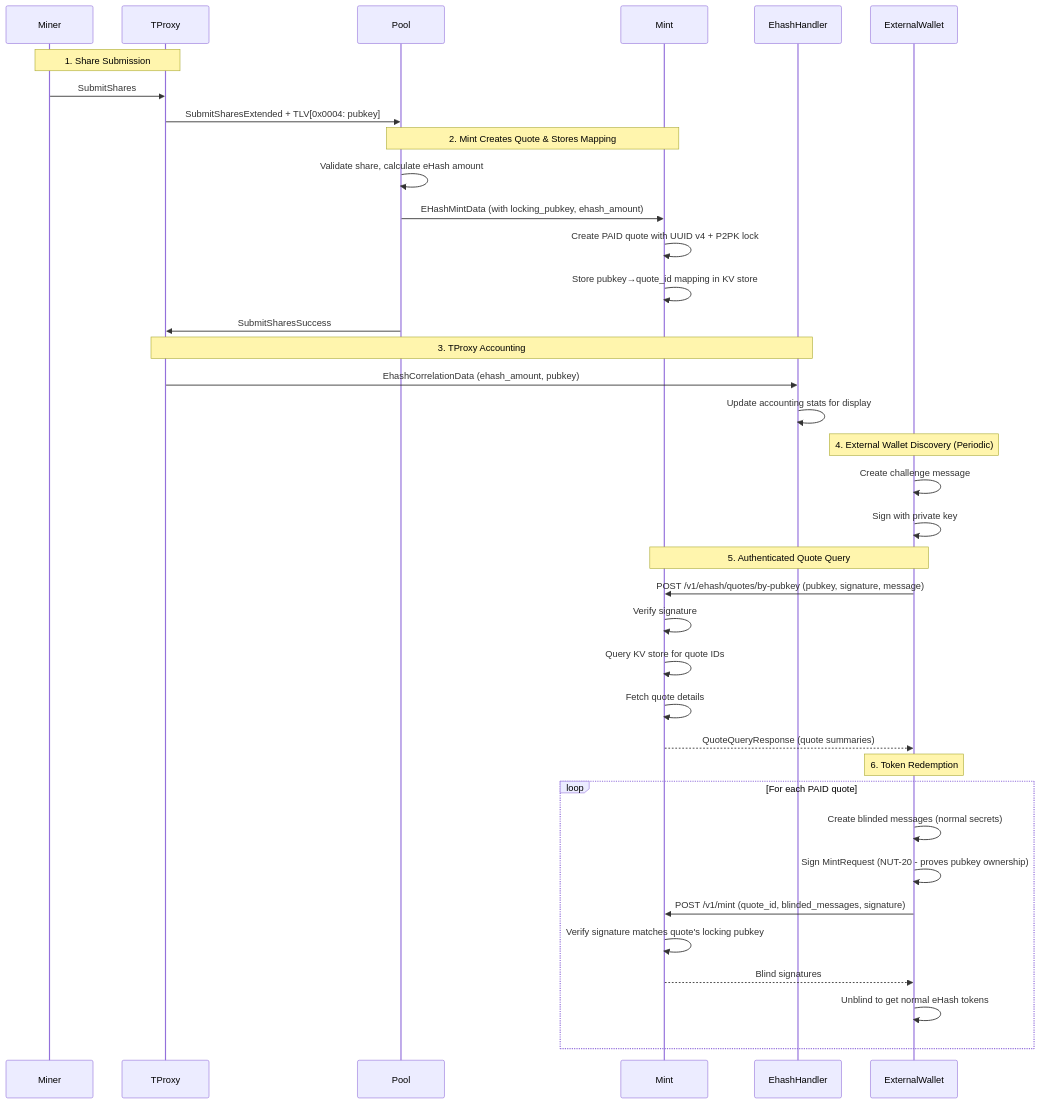
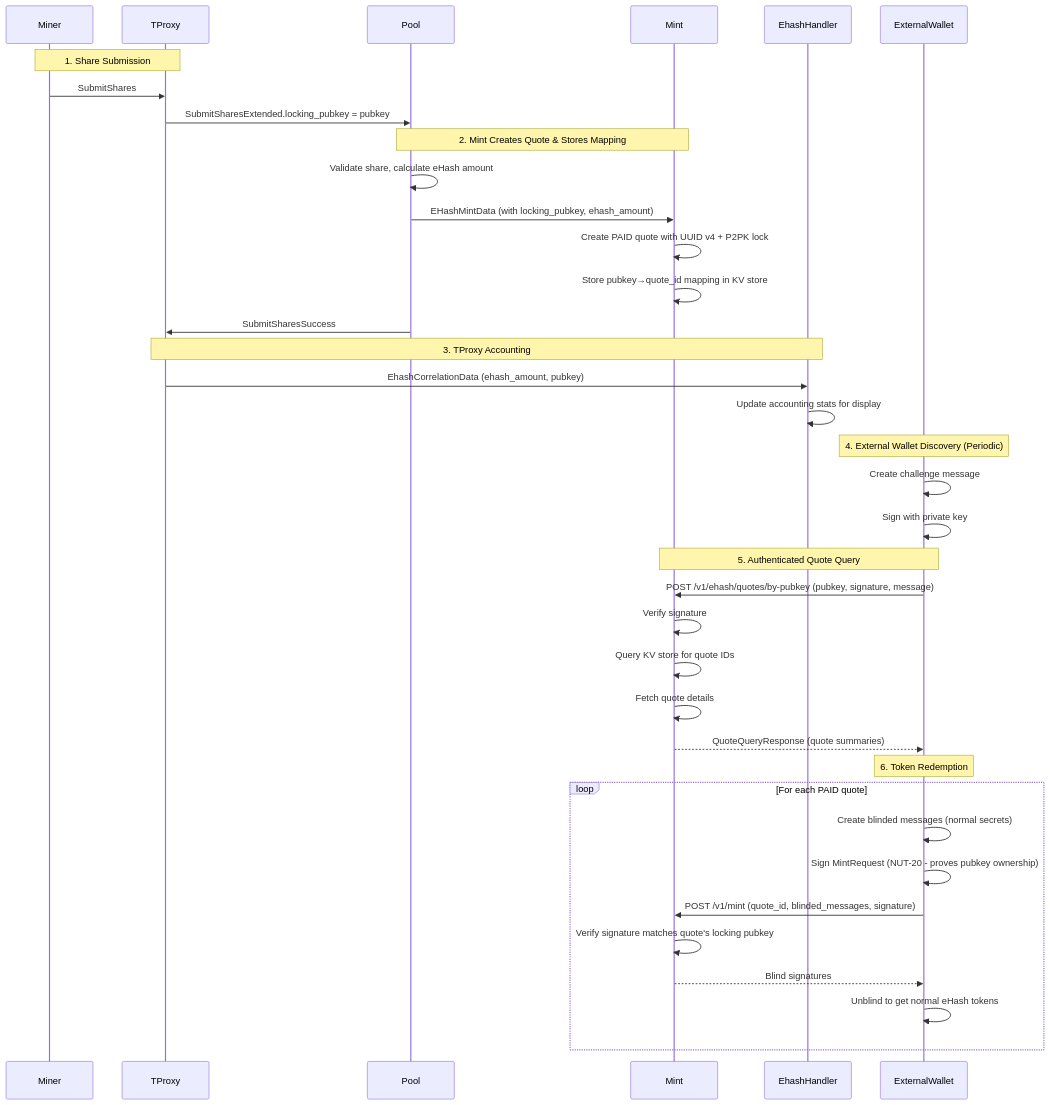
The fourth of 4 diagrams in .kiro/specs/hashpool-ehash-mint/design.md (average-gary/stratum), drawn with Mermaid before and after one commit. The commit also changed other lines of this file and 14 other files, not shown here.

First line of the commit message:
feat(ehash): Enhance SubmitSharesExtended with direct locking_pubkey field

````diff
--- a/.kiro/specs/hashpool-ehash-mint/design.md
+++ b/.kiro/specs/hashpool-ehash-mint/design.md
@@ -1807,45 +1813,45 @@
 ```mermaid
 sequenceDiagram
     participant Miner
     participant TProxy
     participant Pool
     participant Mint
     participant EhashHandler
     participant ExternalWallet
 
     Note over Miner, TProxy: 1. Share Submission
     Miner->>TProxy: SubmitShares
-    TProxy->>Pool: SubmitSharesExtended + TLV[0x0004: pubkey]
+    TProxy->>Pool: SubmitSharesExtended.locking_pubkey = pubkey
 
     Note over Pool, Mint: 2. Mint Creates Quote & Stores Mapping
     Pool->>Pool: Validate share, calculate eHash amount
     Pool->>Mint: EHashMintData (with locking_pubkey, ehash_amount)
     Mint->>Mint: Create PAID quote with UUID v4 + P2PK lock
     Mint->>Mint: Store pubkey→quote_id mapping in KV store
     Pool->>TProxy: SubmitSharesSuccess
 
     Note over TProxy, EhashHandler: 3. TProxy Accounting
     TProxy->>EhashHandler: EhashCorrelationData (ehash_amount, pubkey)
     EhashHandler->>EhashHandler: Update accounting stats for display
 
     Note over ExternalWallet: 4. External Wallet Discovery (Periodic)
     ExternalWallet->>ExternalWallet: Create challenge message
     ExternalWallet->>ExternalWallet: Sign with private key
 
     Note over ExternalWallet, Mint: 5. Authenticated Quote Query
     ExternalWallet->>Mint: POST /v1/ehash/quotes/by-pubkey (pubkey, signature, message)
     Mint->>Mint: Verify signature
     Mint->>Mint: Query KV store for quote IDs
     Mint->>Mint: Fetch quote details
     Mint-->>ExternalWallet: QuoteQueryResponse (quote summaries)
 
     Note over ExternalWallet: 6. Token Redemption
     loop For each PAID quote
         ExternalWallet->>ExternalWallet: Create blinded messages (normal secrets)
         ExternalWallet->>ExternalWallet: Sign MintRequest (NUT-20 - proves pubkey ownership)
         ExternalWallet->>Mint: POST /v1/mint (quote_id, blinded_messages, signature)
         Mint->>Mint: Verify signature matches quote's locking pubkey
         Mint-->>ExternalWallet: Blind signatures
         ExternalWallet->>ExternalWallet: Unblind to get normal eHash tokens
     end
 ```
````
